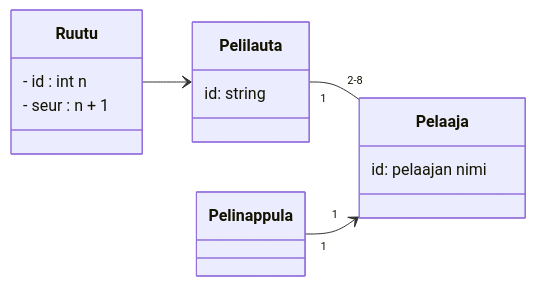
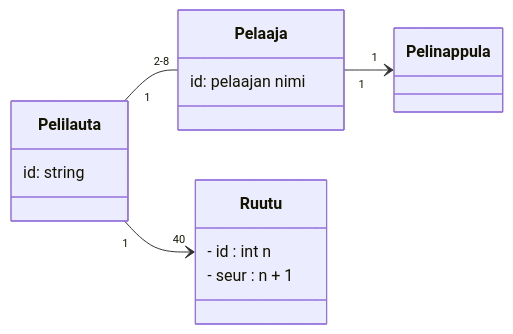
Before and after one commit to brotholi/ot-harjoitustyo: the diagram in laskarit/viikko3/monopoli.md, drawn with Mermaid.

````diff
--- a/laskarit/viikko3/monopoli.md
+++ b/laskarit/viikko3/monopoli.md
@@ -1,33 +1,33 @@
 ```mermaid
  classDiagram
-    direction LR
     
     
     class Pelaaja {
         id: pelaajan nimi
     }
 
     class Pelilauta {
      id: string   
     }
     
     
     class Ruutu {
     - id : int n
     - seur : n + 1
     }
     
     class Pelinappula {
     }
     
-
+    direction LR
     Pelilauta "1" -- "2-8" Pelaaja
-    direction DT
-    Pelinappula "1" --> "1" Pelaaja
-    Ruutu --> Pelilauta
+    direction TD
+    Pelaaja "1" --> "1" Pelinappula
+    Pelilauta "1" --> "40" Ruutu
+    
     
     
 
 
     
 ```
````
